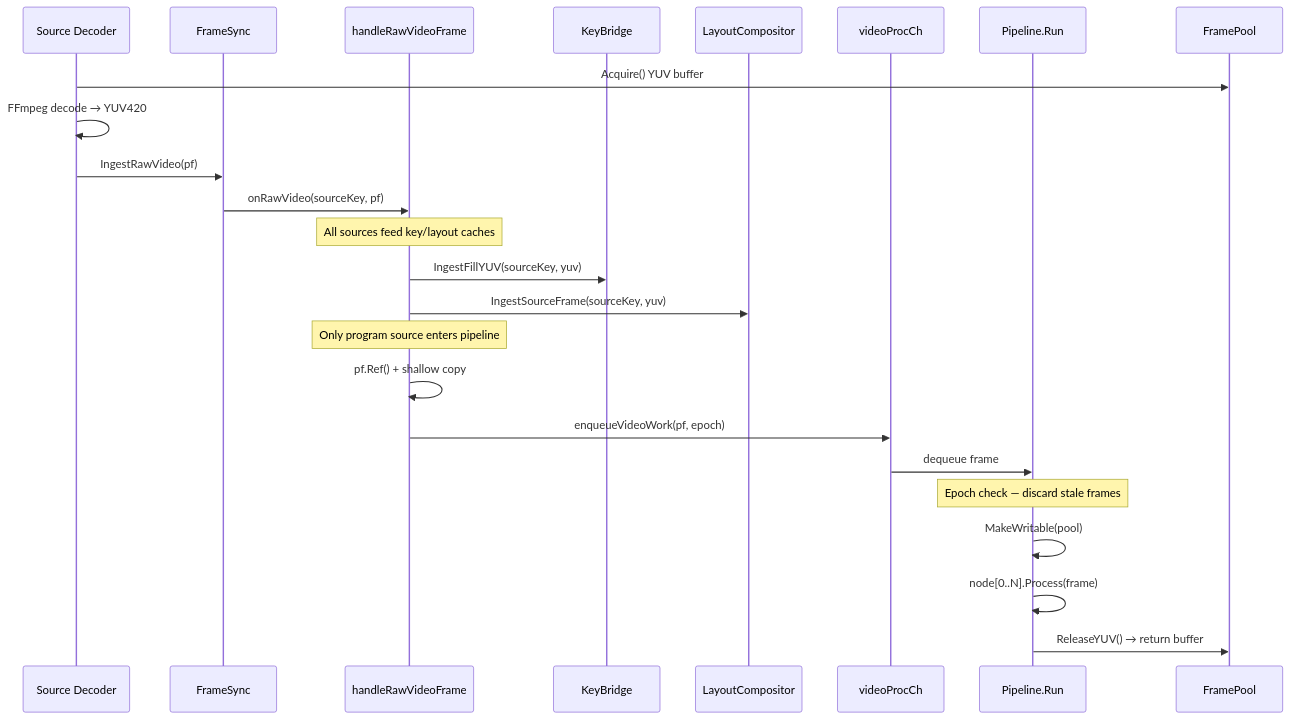
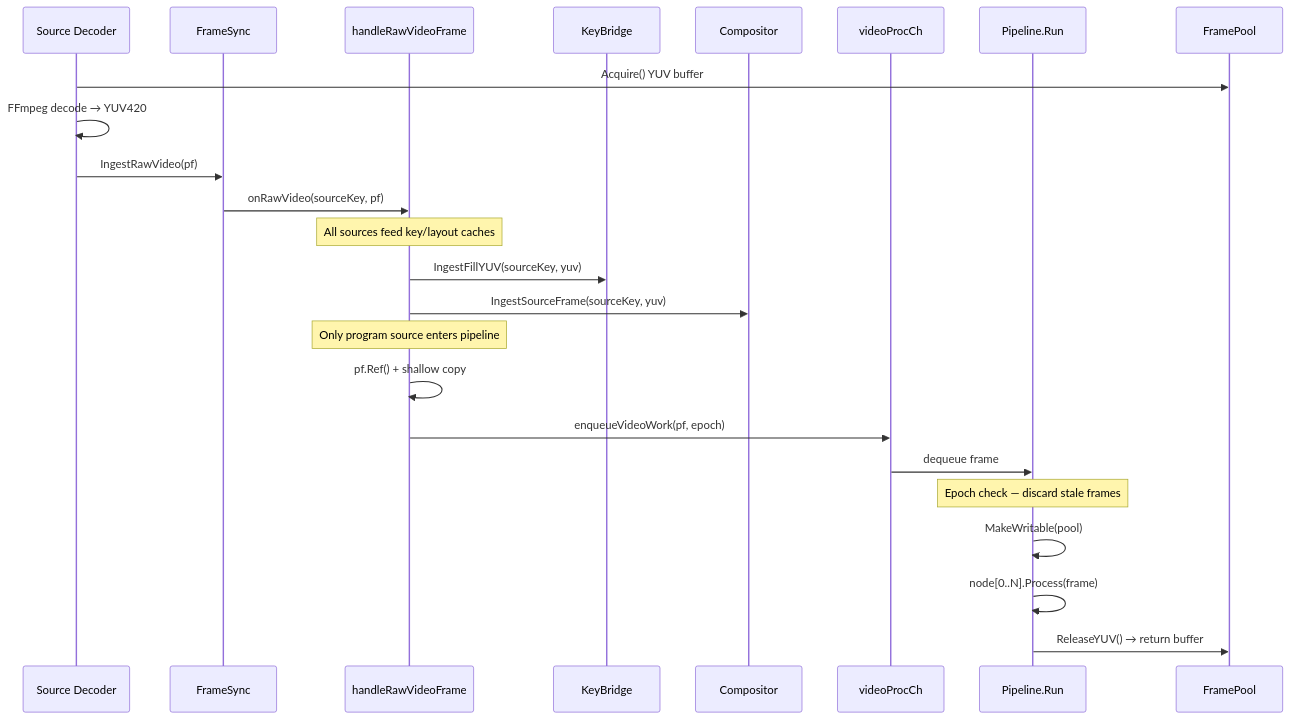
Before and after one commit to zsiec/switchframe: the second of 8 diagrams in docs/pipeline.md, drawn with Mermaid. The commit also changed 4 other files, not shown here.

````diff
--- a/docs/pipeline.md
+++ b/docs/pipeline.md
@@ -72,30 +72,30 @@
 ```mermaid
 sequenceDiagram
     participant SD as Source Decoder
     participant FS as FrameSync
     participant HRV as handleRawVideoFrame
     participant KB as KeyBridge
-    participant LC as LayoutCompositor
+    participant LC as Compositor
     participant CH as videoProcCh
     participant PL as Pipeline.Run
     participant FP as FramePool
 
     SD->>FP: Acquire() YUV buffer
     SD->>SD: FFmpeg decode → YUV420
     SD->>FS: IngestRawVideo(pf)
     FS->>HRV: onRawVideo(sourceKey, pf)
 
     Note over HRV: All sources feed key/layout caches
     HRV->>KB: IngestFillYUV(sourceKey, yuv)
     HRV->>LC: IngestSourceFrame(sourceKey, yuv)
 
     Note over HRV: Only program source enters pipeline
     HRV->>HRV: pf.Ref() + shallow copy
     HRV->>CH: enqueueVideoWork(pf, epoch)
 
     CH->>PL: dequeue frame
     Note over PL: Epoch check — discard stale frames
     PL->>PL: MakeWritable(pool)
     PL->>PL: node[0..N].Process(frame)
     PL->>FP: ReleaseYUV() → return buffer
 ```
````
